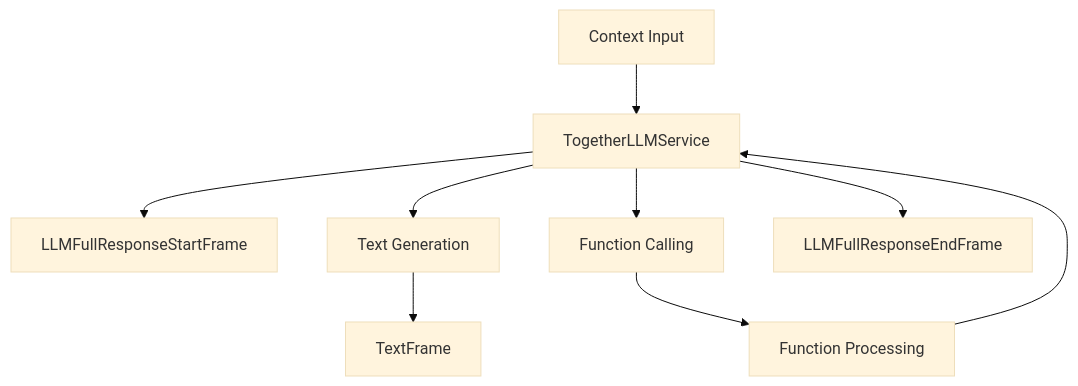
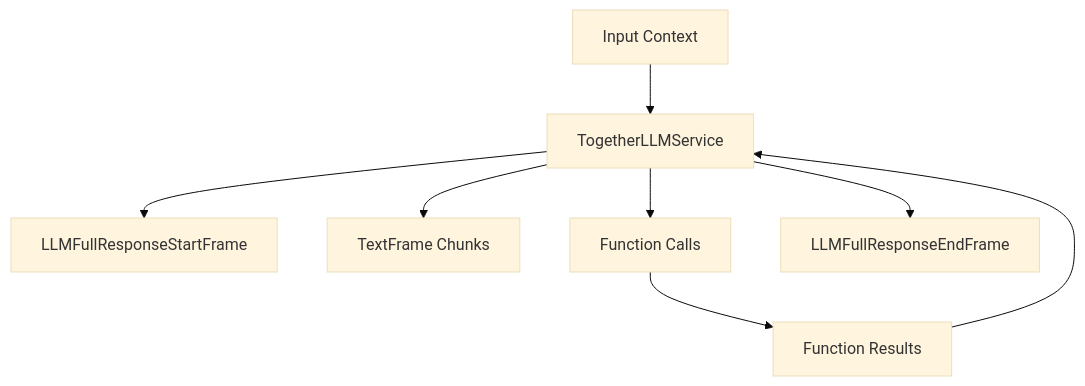
The diagram in api-reference/services/llm/together.mdx (pipecat-ai/docs), drawn with Mermaid (base theme) before and after one commit. The commit also changed other lines of this file and 25 other files, not shown here.

Commit message:
Clean up Frame Flow diagrams

````diff
--- a/api-reference/services/llm/together.mdx
+++ b/api-reference/services/llm/together.mdx
@@ -137,11 +169,10 @@
 ```mermaid
 graph TD
-    A[Context Input] --> B[TogetherLLMService]
+    A[Input Context] --> B[TogetherLLMService]
     B --> C[LLMFullResponseStartFrame]
-    B --> D[Text Generation]
-    B --> E[Function Calling]
-    E --> F[Function Processing]
-    F --> B
-    D --> G[TextFrame]
-    B --> H[LLMFullResponseEndFrame]
+    B --> D[TextFrame Chunks]
+    B --> E[Function Calls]
+    B --> F[LLMFullResponseEndFrame]
+    E --> G[Function Results]
+    G --> B
 ```
````
